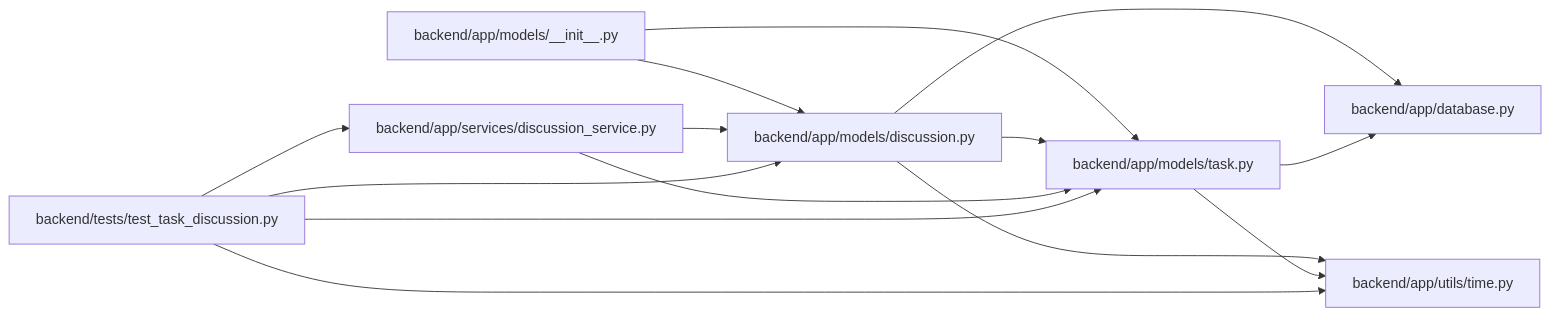
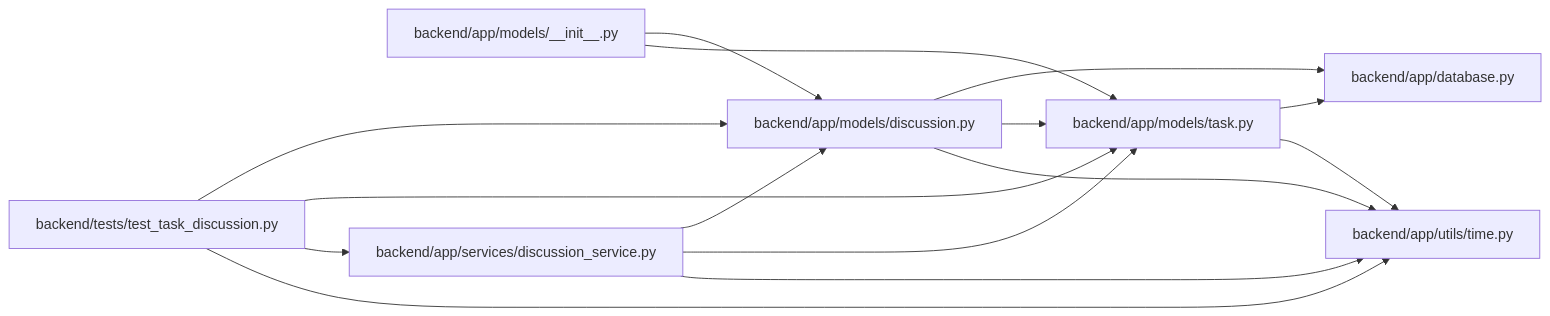
The diagram in docs/llm_wiki/modules/models_discussion.md (Denissvgn/WorkChord), drawn with Mermaid before and after one commit. The commit also changed 25171 other files, not shown here.

````diff
--- a/docs/llm_wiki/modules/models_discussion.md
+++ b/docs/llm_wiki/modules/models_discussion.md
@@ -23,30 +23,31 @@
 ```mermaid
 flowchart LR
     n0["backend/app/database.py"]
     n1["backend/app/models/__init__.py"]
     n2["backend/app/models/discussion.py"]
     n3["backend/app/models/task.py"]
     n4["backend/app/services/discussion_service.py"]
     n5["backend/app/utils/time.py"]
     n6["backend/tests/test_task_discussion.py"]
     n1 --> n2
     n1 --> n3
     n2 --> n0
     n2 --> n3
     n2 --> n5
     n3 --> n0
     n3 --> n5
     n4 --> n2
     n4 --> n3
+    n4 --> n5
     n6 --> n2
     n6 --> n3
     n6 --> n4
     n6 --> n5
     click n0 "../modules/app_database.md"
     click n1 "../modules/models___init__.md"
     click n2 "../modules/models_discussion.md"
     click n3 "../modules/models_task.md"
     click n4 "../modules/discussion_service.md"
     click n5 "../modules/time.md"
     click n6 "../modules/test_task_discussion.md"
 ```
````
